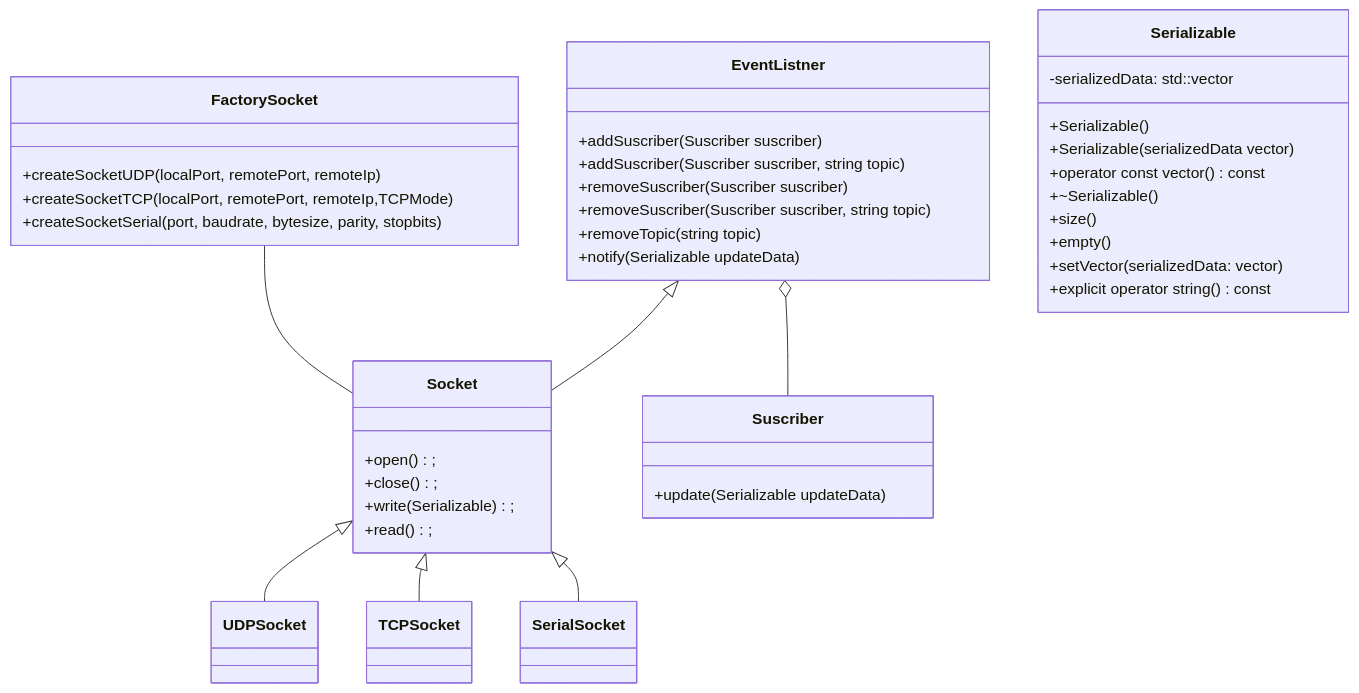
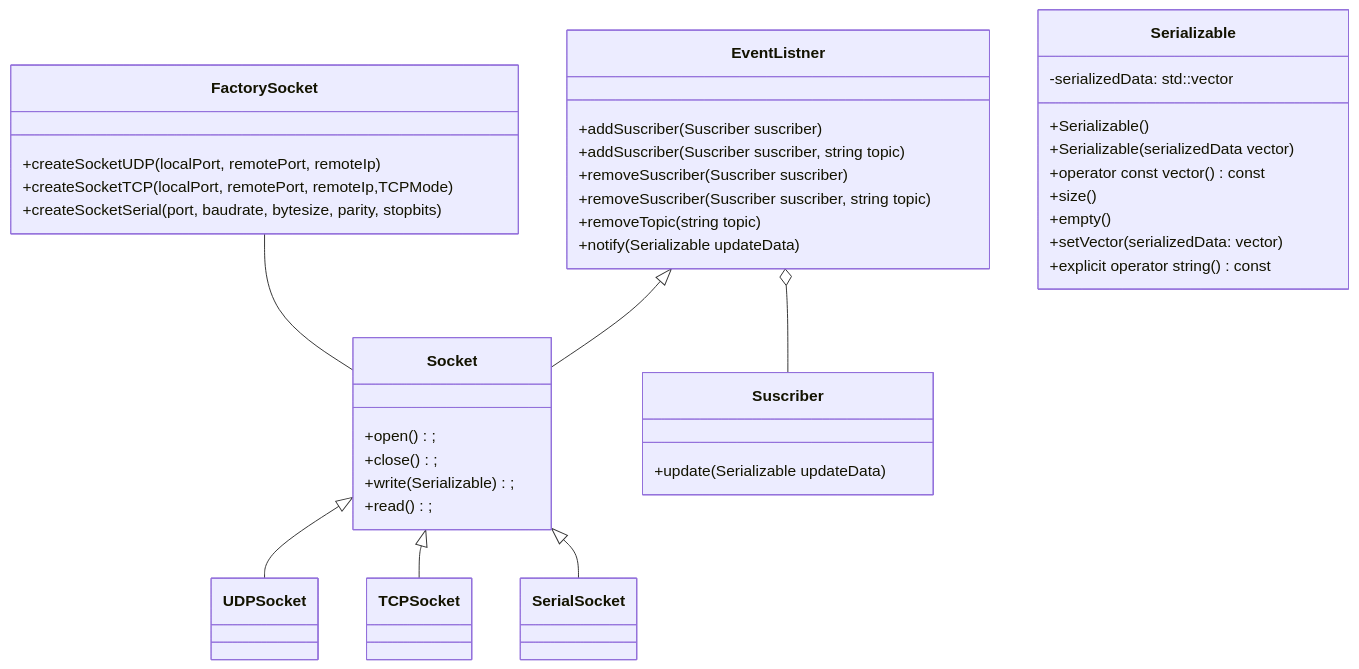
Before and after one commit to craboftw/Socket: the diagram in README.md, drawn with Mermaid.

````diff
--- a/README.md
+++ b/README.md
@@ -3,48 +3,47 @@
 ```mermaid
 classDiagram 
 Socket <|-- UDPSocket
 Socket <|-- TCPSocket
 Socket <|-- SerialSocket
 EventListner <|-- Socket
 EventListner o-- Suscriber
 FactorySocket --  Socket
 
 class FactorySocket{
     +createSocketUDP(localPort, remotePort, remoteIp)
     +createSocketTCP(localPort, remotePort, remoteIp,TCPMode)
     +createSocketSerial(port, baudrate, bytesize, parity, stopbits)
 }
 
 class Socket{
     +open();
     +close();
     +write(Serializable);
     +read();
 }
 
 class Serializable {
     +Serializable()
     +Serializable(serializedData vector<bytes>)
     +operator const vector<bytes>() const
-    +~Serializable()
     +size()
     +empty()
     -serializedData: std::vector<bytes>
     +setVector(serializedData: vector<bytes>)
     +explicit operator string() const
 }
 
 class Suscriber{
     +update(Serializable updateData)
 }
 
 class EventListner{
     +addSuscriber(Suscriber suscriber)
     +addSuscriber(Suscriber suscriber, string topic)
     +removeSuscriber(Suscriber suscriber)
     +removeSuscriber(Suscriber suscriber, string topic)
     +removeTopic(string topic)
     +notify(Serializable updateData)
 }
 
 ```
````
